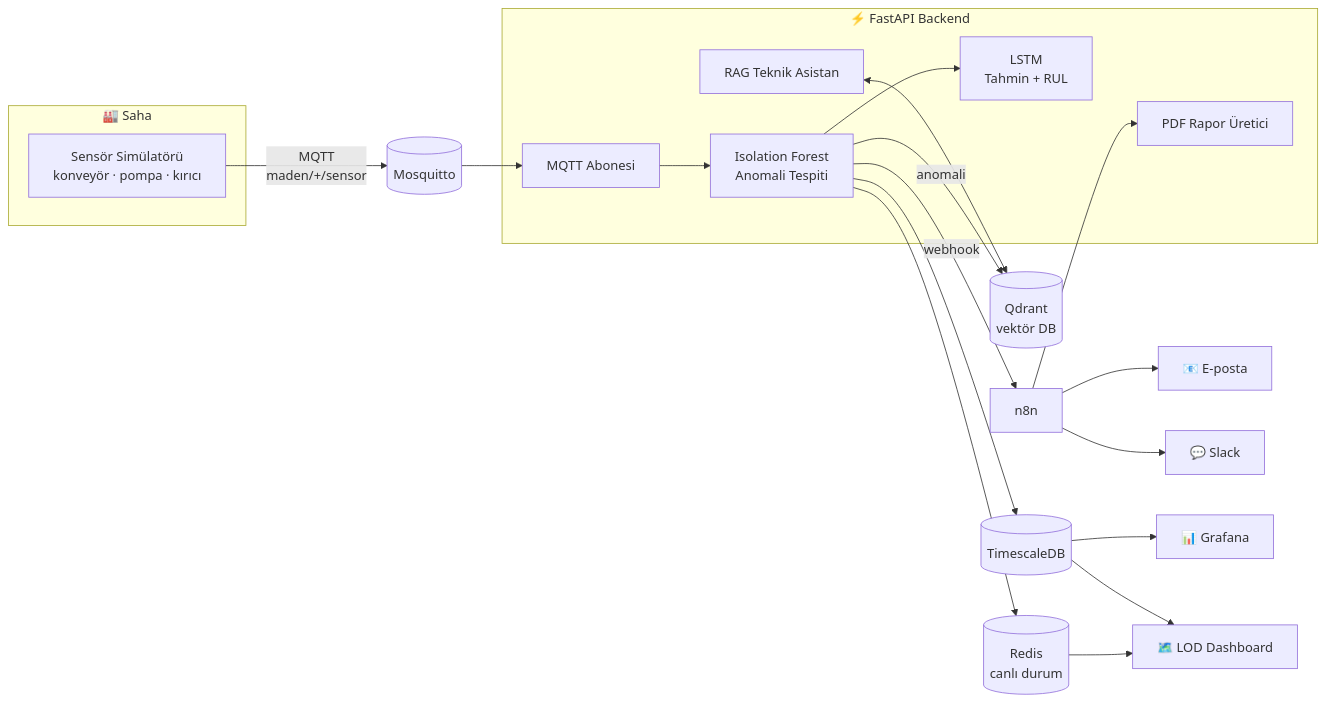
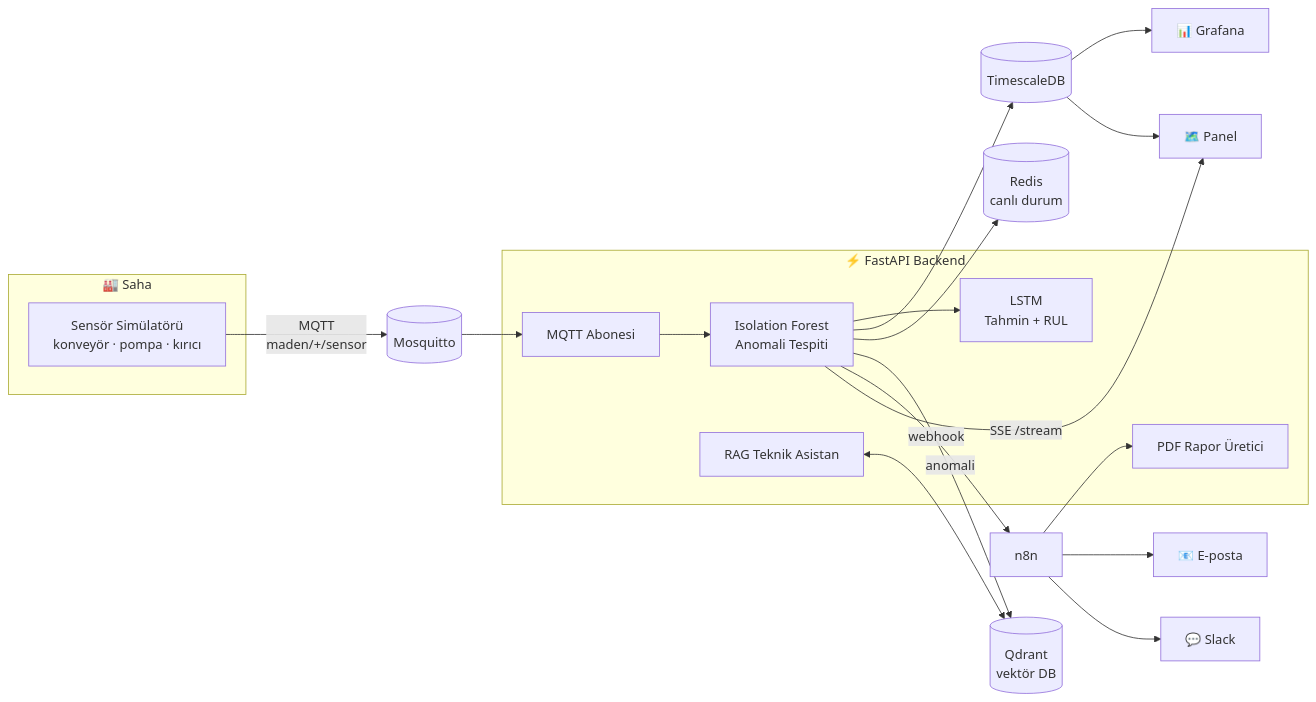
One commit to Yigithosta/digital_twin changed the diagram in README.md. Above: the diagram before and after it, drawn with Mermaid. The commit also changed other lines of this file and 9 other files, not shown here.

````diff
--- a/README.md
+++ b/README.md
@@ -114,29 +133,29 @@
 ```mermaid
 flowchart LR
     subgraph SAHA["🏭 Saha"]
         SIM["Sensör Simülatörü<br/>konveyör · pompa · kırıcı"]
     end
 
     SIM -- "MQTT<br/>maden/+/sensor" --> MQ[("Mosquitto")]
     MQ --> SUB["MQTT Abonesi"]
 
     subgraph API["⚡ FastAPI Backend"]
         SUB --> IF["Isolation Forest<br/>Anomali Tespiti"]
         IF --> LSTM["LSTM<br/>Tahmin + RUL"]
         RAG["RAG Teknik Asistan"]
         PDF["PDF Rapor Üretici"]
     end
 
     IF --> TS[("TimescaleDB")]
     IF --> RD[("Redis<br/>canlı durum")]
     IF -- "anomali" --> QD[("Qdrant<br/>vektör DB")]
     RAG <--> QD
     IF -- "webhook" --> N8N["n8n"]
     N8N --> PDF
     N8N --> MAIL["📧 E-posta"]
     N8N --> SLACK["💬 Slack"]
 
     TS --> GRAF["📊 Grafana"]
-    RD --> DASH["🗺️ LOD Dashboard"]
+    IF -- "SSE /stream" --> DASH["🗺️ Panel"]
     TS --> DASH
 ```
````
